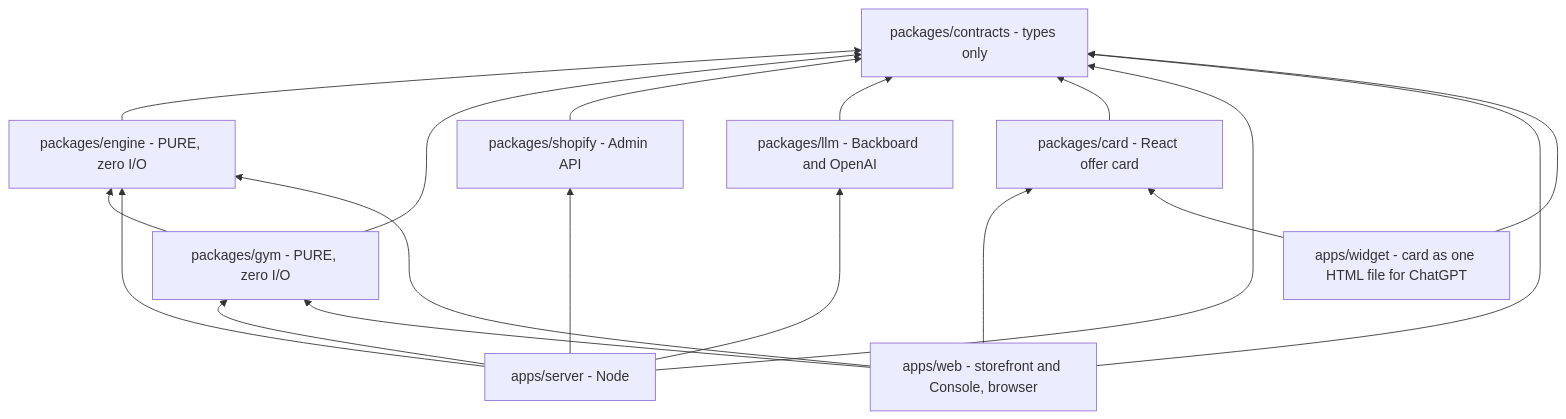
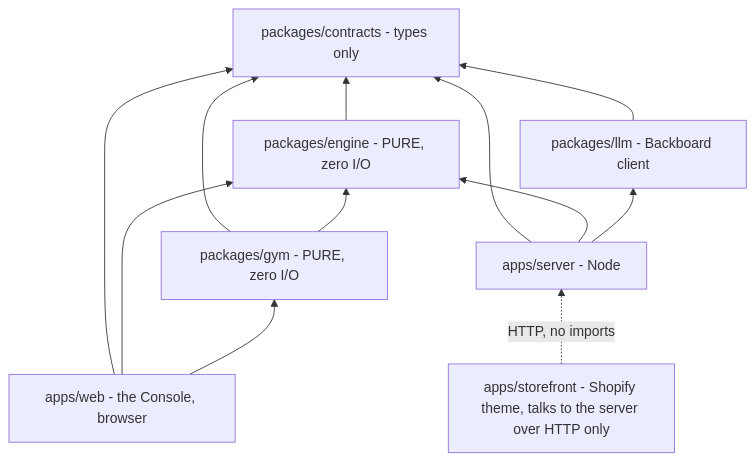
Before and after one commit to Maristanez/bazaar: the third of 22 diagrams in docs/ARCHITECTURE.md, drawn with Mermaid. The commit also changed other lines of this file and 13 other files, not shown here.

````diff
--- a/docs/ARCHITECTURE.md
+++ b/docs/ARCHITECTURE.md
@@ -114,30 +109,22 @@
 ```mermaid
 flowchart BT
   CT["packages/contracts - types only"]
   EN["packages/engine - PURE, zero I/O"]
   GY["packages/gym - PURE, zero I/O"]
-  SP["packages/shopify - Admin API"]
-  LL["packages/llm - Backboard and OpenAI"]
-  CD["packages/card - React offer card"]
+  LL["packages/llm - Backboard client"]
   SV["apps/server - Node"]
-  WB["apps/web - storefront and Console, browser"]
-  WG["apps/widget - card as one HTML file for ChatGPT"]
+  WB["apps/web - the Console, browser"]
+  ST["apps/storefront - Shopify theme, talks to the server over HTTP only"]
 
   EN --> CT
   GY --> CT
   GY --> EN
-  SP --> CT
   LL --> CT
-  CD --> CT
   SV --> CT
   SV --> EN
-  SV --> GY
-  SV --> SP
   SV --> LL
   WB --> CT
-  WB --> CD
   WB --> EN
   WB --> GY
-  WG --> CT
-  WG --> CD
+  ST -.->|"HTTP, no imports"| SV
 ```
````
